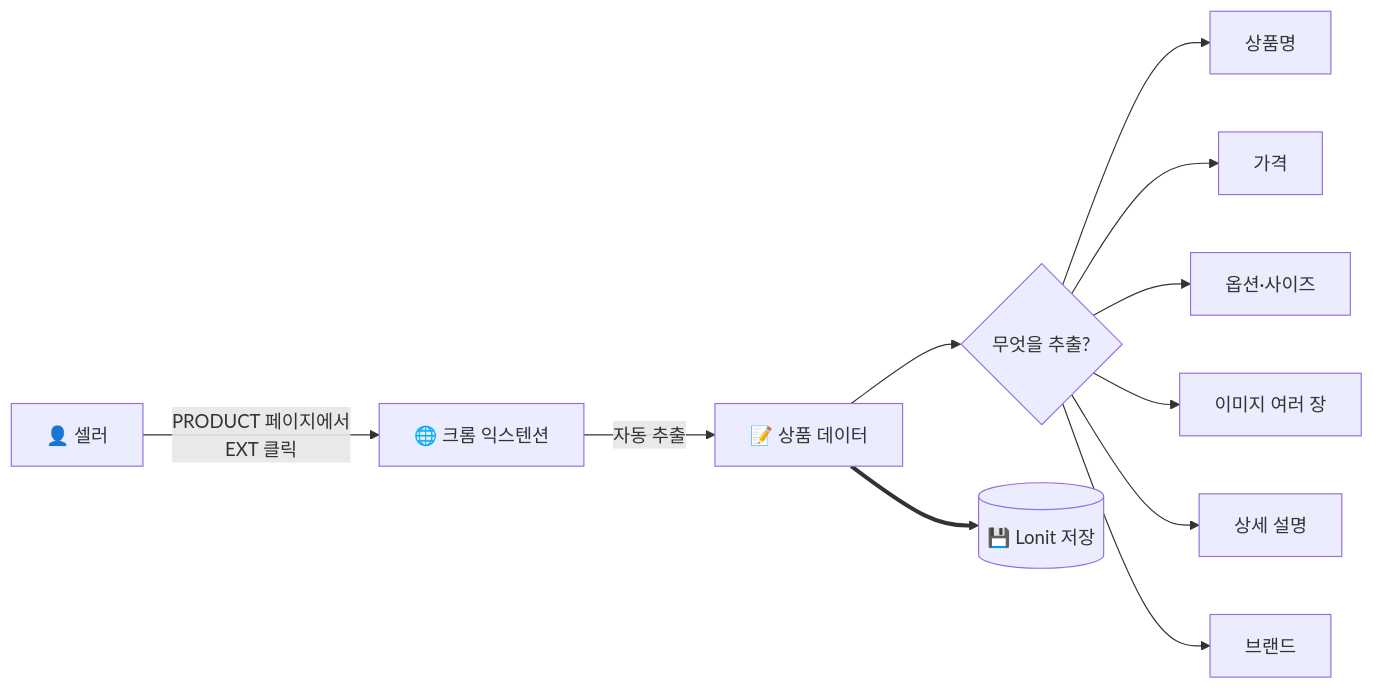
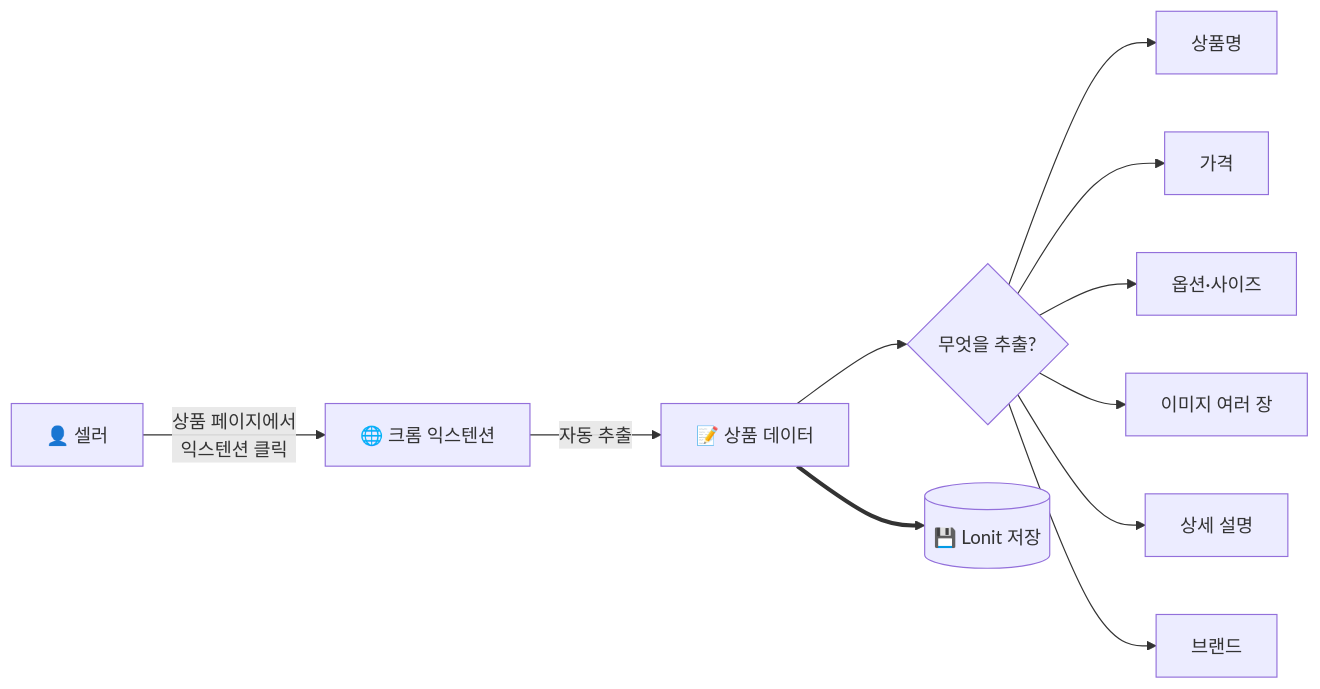
Before and after one commit to cksdud5785-design/lonit-manual: the third of 10 diagrams in docs/02-architecture.md, drawn with Mermaid. The commit also changed other lines of this file and 4 other files, not shown here.

First line of the commit message:
fix: mermaid 라벨 false positive 한국어 복원

````diff
--- a/docs/02-architecture.md
+++ b/docs/02-architecture.md
@@ -77,14 +77,14 @@
 ```mermaid
 flowchart LR
-    A[👤 셀러] -->|PRODUCT 페이지에서<br>EXT 클릭| B[🌐 크롬 익스텐션]
+    A[👤 셀러] -->|상품 페이지에서<br>익스텐션 클릭| B[🌐 크롬 익스텐션]
     B -->|자동 추출| C[📝 상품 데이터]
     C --> D{무엇을 추출?}
     D --> D1[상품명]
     D --> D2[가격]
     D --> D3[옵션·사이즈]
     D --> D4[이미지 여러 장]
     D --> D5[상세 설명]
     D --> D6[브랜드]
     
     C ==> L[(💾 Lonit 저장)]
 ```
````
